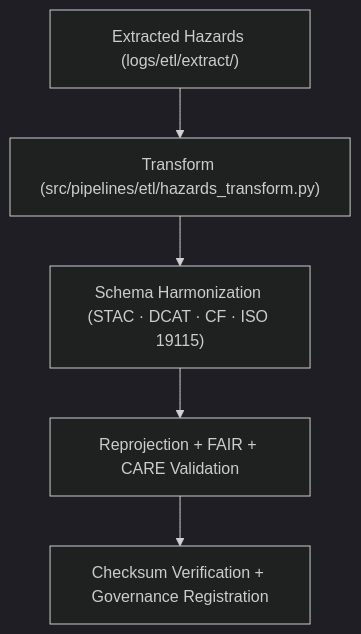
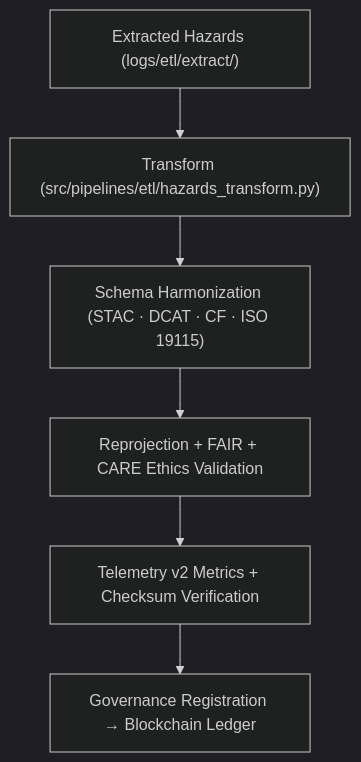
One commit to bartytime4life/Kansas-Frontier-Matrix changed the diagram in data/work/tmp/hazards/logs/etl/transform/README.md. Above: the diagram before and after it, drawn with Mermaid (dark theme). The commit also changed other lines of this file, not shown here.

````diff
--- a/data/work/tmp/hazards/logs/etl/transform/README.md
+++ b/data/work/tmp/hazards/logs/etl/transform/README.md
@@ -66,7 +65,8 @@
 ```mermaid
 flowchart TD
     A["Extracted Hazards (logs/etl/extract/)"] --> B["Transform (src/pipelines/etl/hazards_transform.py)"]
     B --> C["Schema Harmonization (STAC · DCAT · CF · ISO 19115)"]
-    C --> D["Reprojection + FAIR + CARE Validation"]
-    D --> E["Checksum Verification + Governance Registration"]
+    C --> D["Reprojection + FAIR + CARE Ethics Validation"]
+    D --> E["Telemetry v2 Metrics + Checksum Verification"]
+    E --> F["Governance Registration → Blockchain Ledger"]
 ```
````
